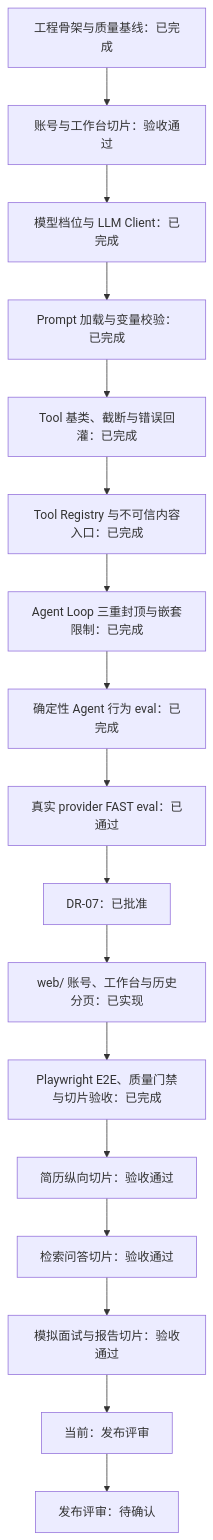
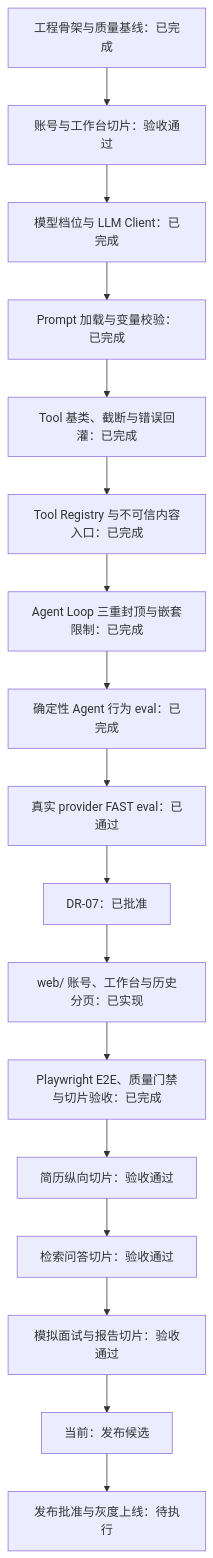
Before and after one commit to Rainloury/technical-interview-agent: the diagram in docs/next-steps.md, drawn with Mermaid. The commit also changed other lines of this file and 6 other files, not shown here.

````diff
--- a/docs/next-steps.md
+++ b/docs/next-steps.md
@@ -55,19 +55,19 @@
 ```mermaid
 flowchart TD
     S0["工程骨架与质量基线：已完成"] --> N0["账号与工作台切片：验收通过"]
     N0 --> N1["模型档位与 LLM Client：已完成"]
     N1 --> N2["Prompt 加载与变量校验：已完成"]
     N2 --> N3["Tool 基类、截断与错误回灌：已完成"]
     N3 --> N4["Tool Registry 与不可信内容入口：已完成"]
     N4 --> N5["Agent Loop 三重封顶与嵌套限制：已完成"]
     N5 --> N6["确定性 Agent 行为 eval：已完成"]
     N6 --> N7["真实 provider FAST eval：已通过"]
     N7 --> N8["DR-07：已批准"]
     N8 --> N9["web/ 账号、工作台与历史分页：已实现"]
     N9 --> N10["Playwright E2E、质量门禁与切片验收：已完成"]
     N10 --> N11["简历纵向切片：验收通过"]
     N11 --> N12["检索问答切片：验收通过"]
     N12 --> N13["模拟面试与报告切片：验收通过"]
-    N13 --> N14["当前：发布评审"]
-    N14 --> N15["发布评审：待确认"]
+    N13 --> N14["当前：发布候选"]
+    N14 --> N15["发布批准与灰度上线：待执行"]
 ```
````
